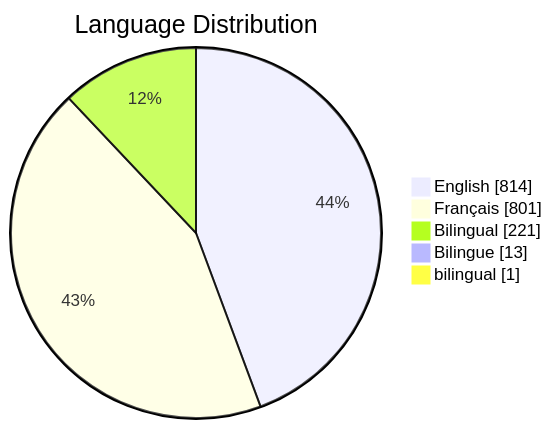
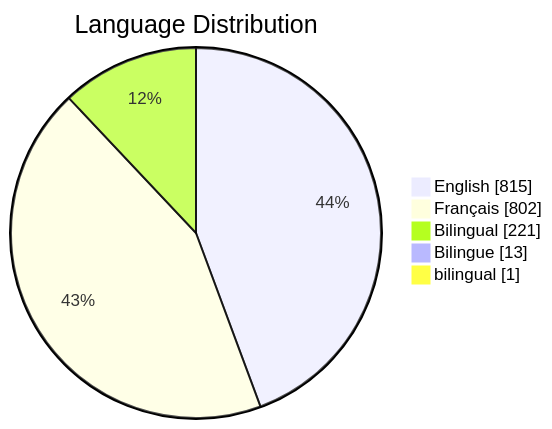
The third of 6 diagrams in README.md (PatLittle/GC-Socials), drawn with Mermaid before and after one commit. The commit also changed other lines of this file, not shown here.

Commit message:
Update README with Platform Distribution pie chart

````diff
--- a/README.md
+++ b/README.md
@@ -79,8 +81,8 @@
 ```mermaid
 pie showData title Language Distribution
-    "English": 814
-    "Français": 801
+    "English": 815
+    "Français": 802
     "Bilingual": 221
     "Bilingue": 13
     "bilingual": 1
 ```
````
